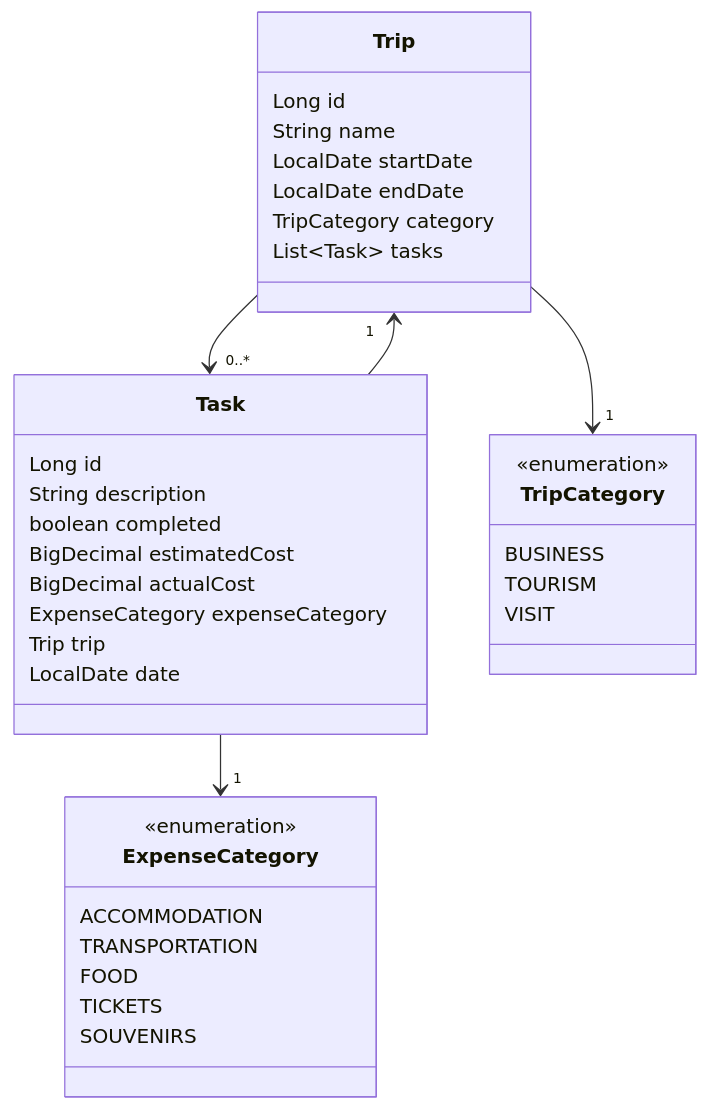
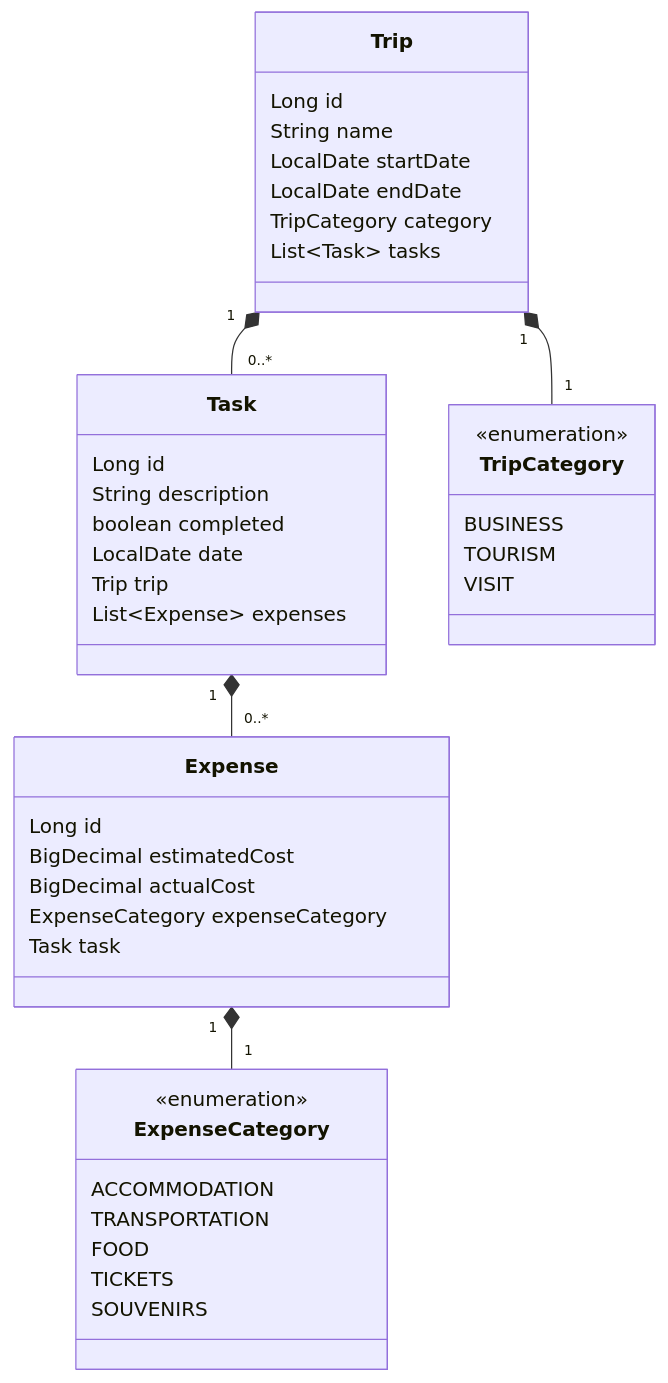
The diagram in README.md (Drufontael/Trip-planner), drawn with Mermaid before and after one commit. The commit also changed 11 other files, not shown here.

````diff
--- a/README.md
+++ b/README.md
@@ -5,43 +5,49 @@
 ```mermaid
 classDiagram
     class Trip {
         Long id
         String name
         LocalDate startDate
         LocalDate endDate
         TripCategory category
         List~Task~ tasks
     }
 
     class Task {
         Long id
         String description
         boolean completed
+        LocalDate date
+        Trip trip
+        List~Expense~ expenses
+    }
+
+    class Expense {
+        Long id
         BigDecimal estimatedCost
         BigDecimal actualCost
         ExpenseCategory expenseCategory
-        Trip trip
-        LocalDate date
+        Task task
     }
 
-    class TripCategory {
-        <<enumeration>>
-        BUSINESS
-        TOURISM
-        VISIT
+class TripCategory {
+    <<enumeration>>
+BUSINESS
+TOURISM
+VISIT
+}
+
+class ExpenseCategory {
+    <<enumeration>>
+ACCOMMODATION
+TRANSPORTATION
+FOOD
+TICKETS
+SOUVENIRS
     }
 
-    class ExpenseCategory {
-        <<enumeration>>
-        ACCOMMODATION
-        TRANSPORTATION
-        FOOD
-        TICKETS
-        SOUVENIRS
-    }
-
-    Trip --> "1" TripCategory
-    Trip --> "0..*" Task
-    Task --> "1" Trip
-    Task --> "1" ExpenseCategory
+Trip "1"*-- "1" TripCategory
+Trip "1"*-- "0..*" Task
+Task "1"*-- "0..*" Expense
+Expense "1"*-- "1" ExpenseCategory
 ```
````
